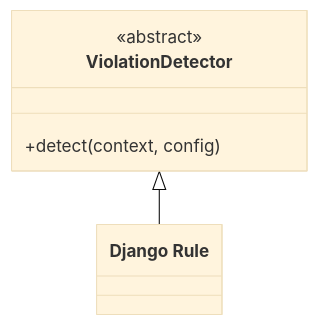
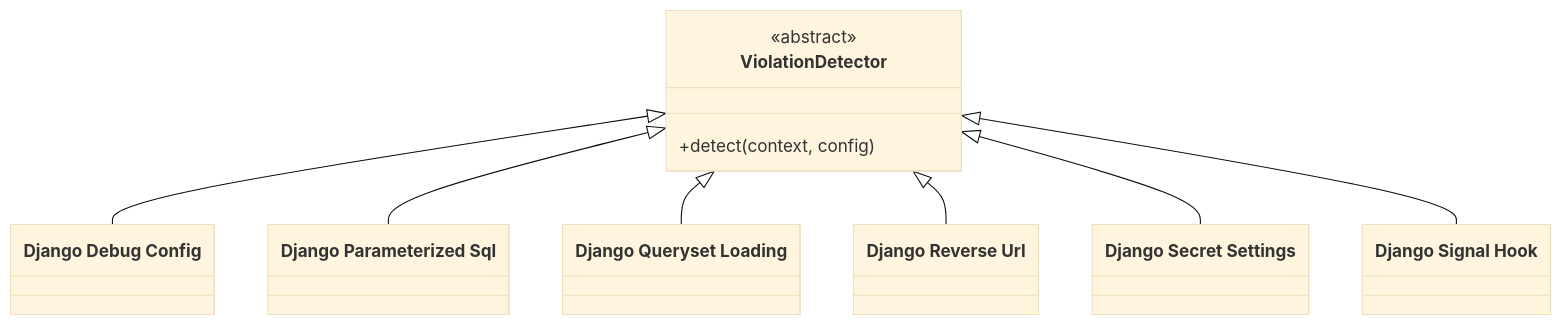
One commit to Anselmoo/mcp-zen-of-languages changed the second of 4 diagrams in docs/user-guide/frameworks/django.md. Above: the diagram before and after it, drawn with Mermaid. The commit also changed other lines of this file and 41 other files, not shown here.

````diff
--- a/docs/user-guide/frameworks/django.md
+++ b/docs/user-guide/frameworks/django.md
@@ -151,11 +181,21 @@
     ```mermaid
     %%{init: {"theme": "base"}}%%
     classDiagram
         direction TB
         class ViolationDetector {
             <<abstract>>
             +detect(context, config)
         }
-        class det_01["Django Rule"]
+        class det_01["Django Debug Config"]
         ViolationDetector <|-- det_01
+        class det_02["Django Parameterized Sql"]
+        ViolationDetector <|-- det_02
+        class det_03["Django Queryset Loading"]
+        ViolationDetector <|-- det_03
+        class det_04["Django Reverse Url"]
+        ViolationDetector <|-- det_04
+        class det_05["Django Secret Settings"]
+        ViolationDetector <|-- det_05
+        class det_06["Django Signal Hook"]
+        ViolationDetector <|-- det_06
     ```
````
